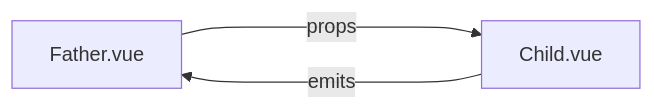
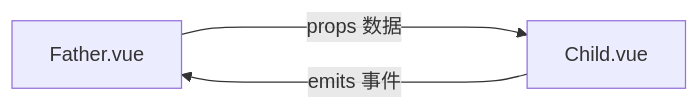
The diagram in docs/communication.md (chengpeiquan/learning-vue3), drawn with Mermaid before and after one commit. The commit also changed other lines of this file, not shown here.

````diff
--- a/docs/communication.md
+++ b/docs/communication.md
@@ -29,4 +29,4 @@
 ```mermaid
 graph LR
-    Father.vue -----> | props | Child.vue -----> |emits| Father.vue
+    Father.vue -----> | props 数据 | Child.vue -----> |emits 事件| Father.vue
 ```
````
